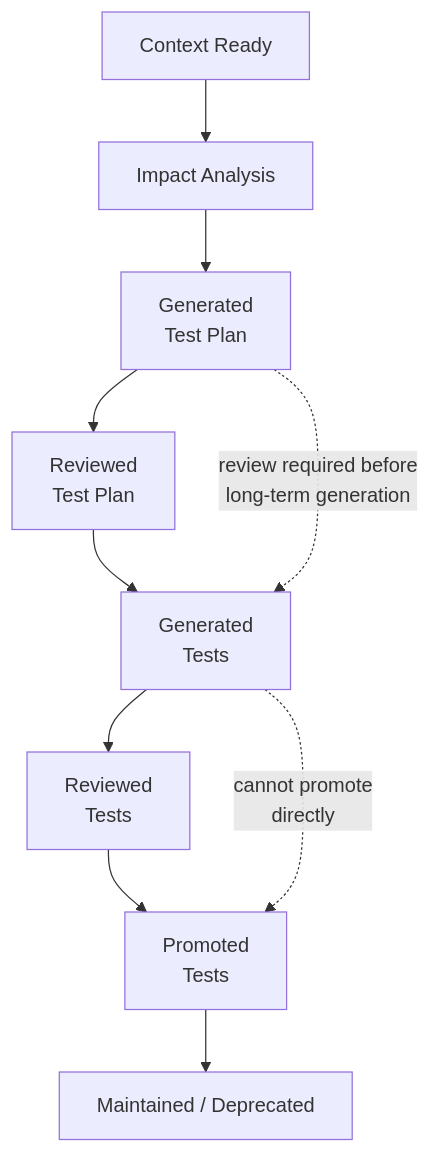
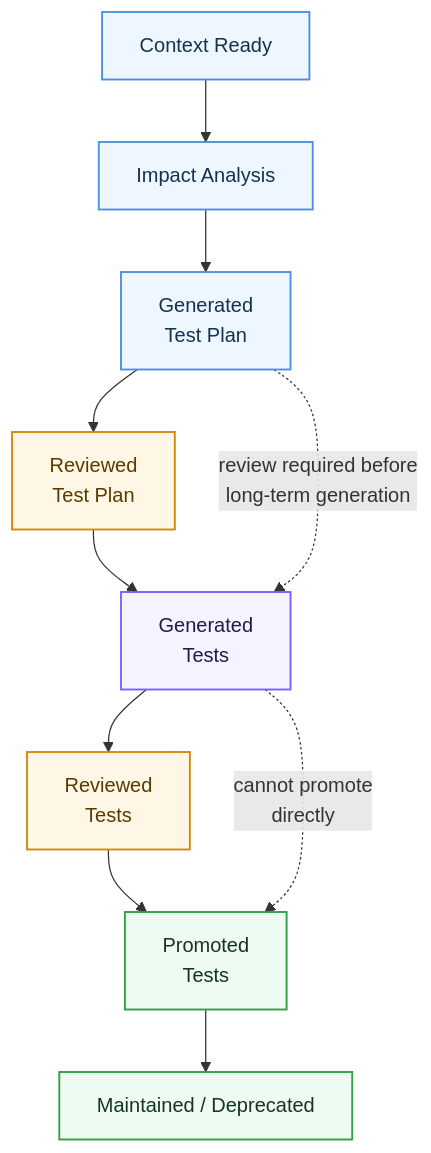
The fourth of 4 diagrams in README.md (Qin-BL/quality-platform), drawn with Mermaid before and after one commit. The commit also changed other lines of this file and 2 other files, not shown here.

Commit message:
Style Mermaid diagrams for readability

```diff
--- a/README.md
+++ b/README.md
@@ -122,12 +144,20 @@
 ::: mermaid
 graph TD
     A["Context Ready"] --> B["Impact Analysis"]
     B --> C["Generated<br/>Test Plan"]
     C --> D["Reviewed<br/>Test Plan"]
     D --> E["Generated<br/>Tests"]
     E --> F["Reviewed<br/>Tests"]
     F --> G["Promoted<br/>Tests"]
     G --> H["Maintained / Deprecated"]
     C -. "review required before<br/>long-term generation" .-> E
     E -. "cannot promote<br/>directly" .-> G
+    classDef planning fill:#eef6ff,stroke:#4a90e2,color:#16324f,stroke-width:1.5px;
+    classDef review fill:#fff7e6,stroke:#d48806,color:#5b3a00,stroke-width:1.5px;
+    classDef execution fill:#f5f3ff,stroke:#7c5cff,color:#221b4b,stroke-width:1.5px;
+    classDef lifecycle fill:#eefbf3,stroke:#2f9e44,color:#16351f,stroke-width:1.5px;
+    class A,B,C planning;
+    class D,F review;
+    class E execution;
+    class G,H lifecycle;
 :::
```
